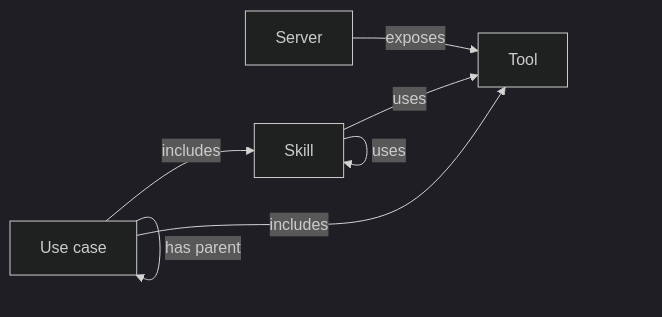
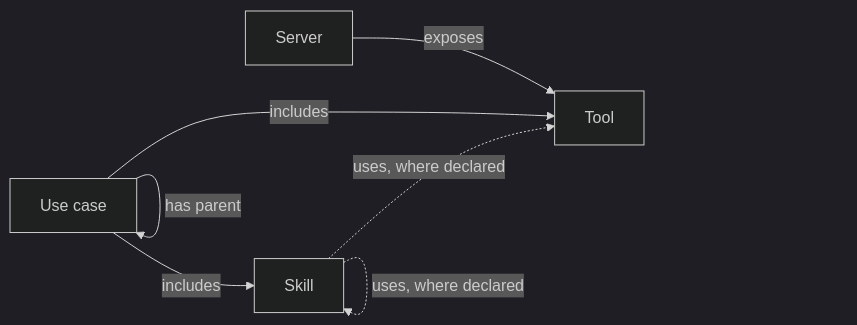
Before and after one commit to adrianB1996/mcp-gateway-registry: the first of 2 diagrams in docs/design/knowledge-graph-search.md, drawn with Mermaid (dark theme). The commit also changed other lines of this file, not shown here.

````diff
--- a/docs/design/knowledge-graph-search.md
+++ b/docs/design/knowledge-graph-search.md
@@ -51,9 +49,9 @@
 ```mermaid
 graph LR
     SV[Server] -->|exposes| TL[Tool]
-    SK[Skill] -->|uses| TL
-    SK -->|uses| SK
-    UC[Use case] -->|includes| SK
+    UC[Use case] -->|includes| SK[Skill]
     UC -->|includes| TL
     UC -->|has parent| UC
+    SK -.->|uses, where declared| TL
+    SK -.->|uses, where declared| SK
 ```
````
